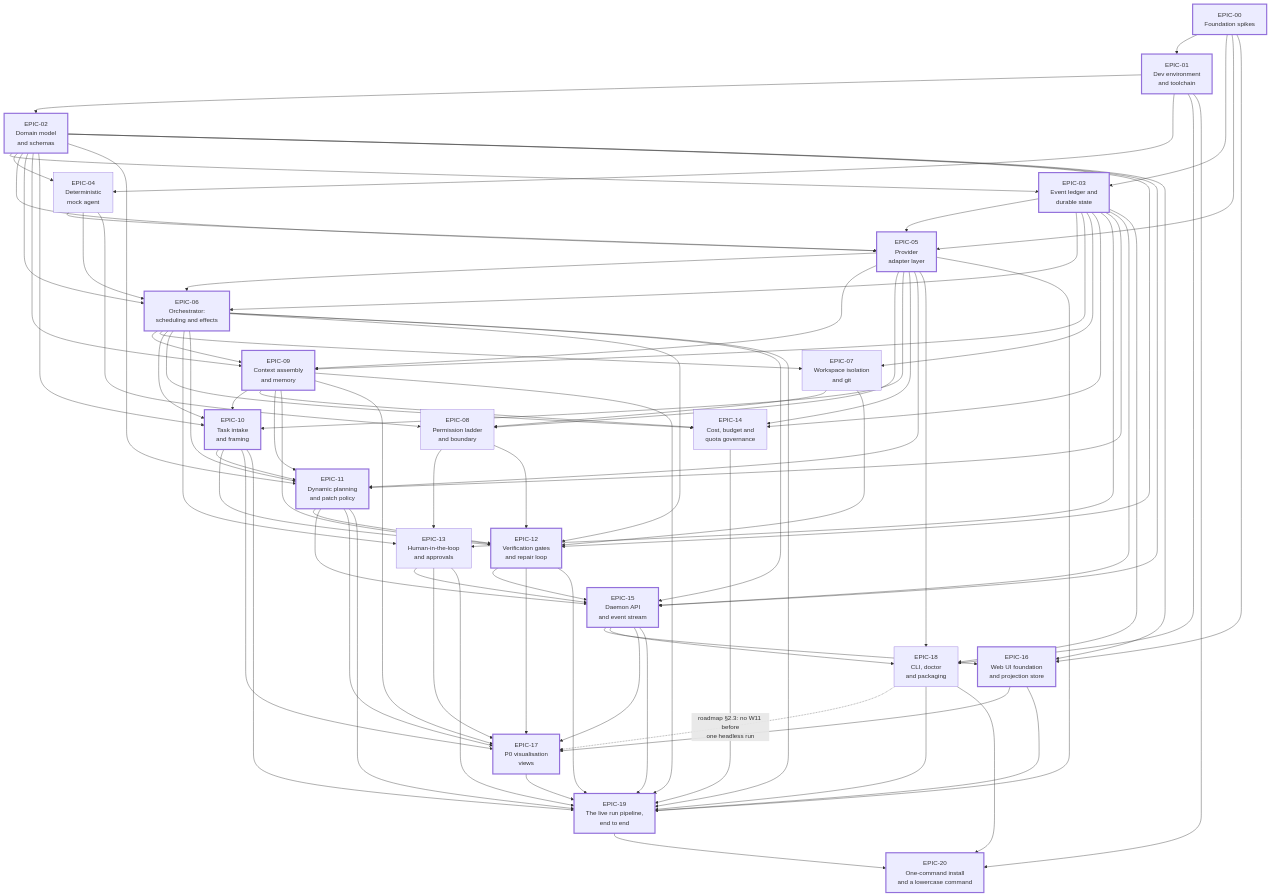
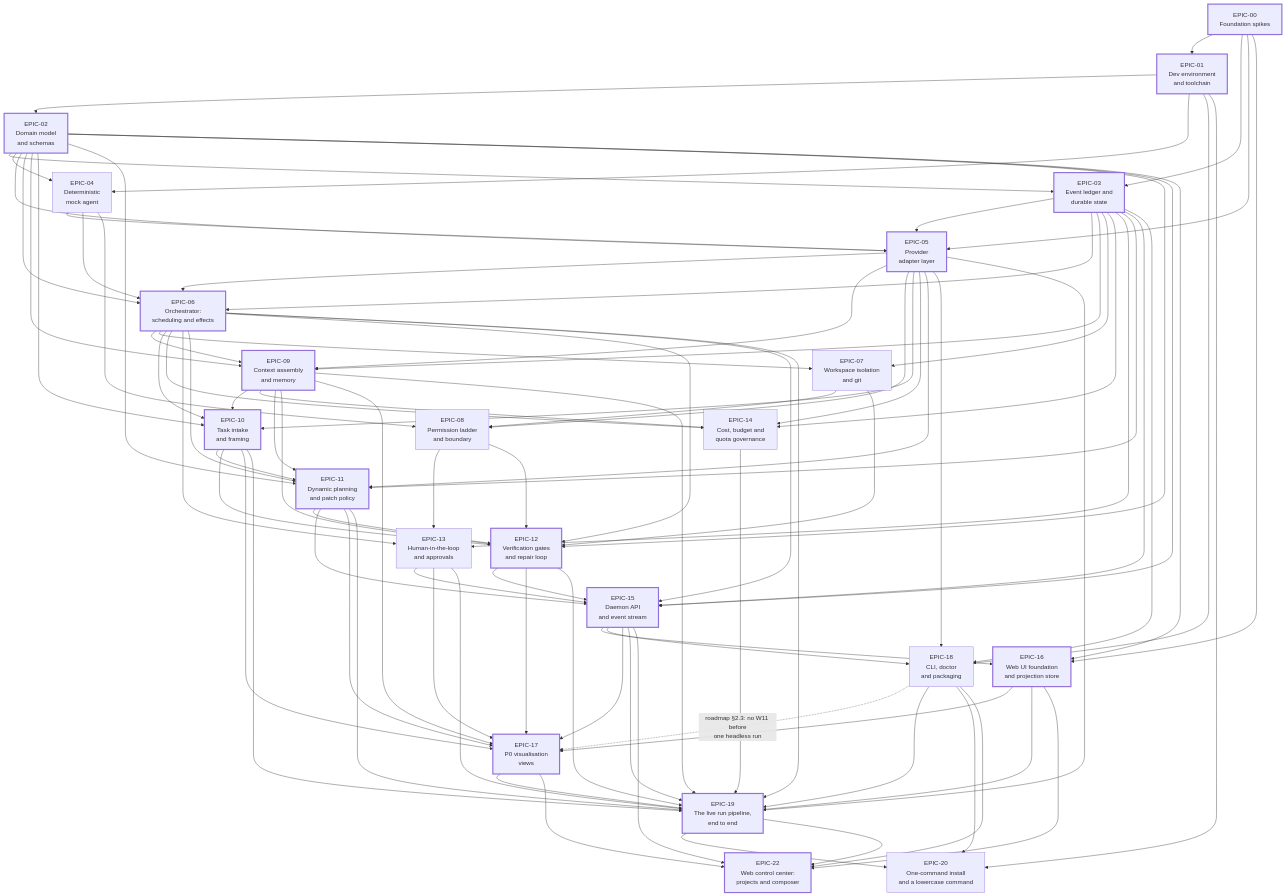
The diagram in docs/delivery/board.md (zohresalimi/dynamic-workflows), drawn with Mermaid before and after one commit. The commit also changed other lines of this file and 3 other files, not shown here.

Commit message:
plan: author EPIC-22 — the web control center, its four stories and 57 scenarios

````diff
--- a/docs/delivery/board.md
+++ b/docs/delivery/board.md
@@ -133,7 +163,8 @@
   EPIC18["EPIC-18<br/>CLI, doctor<br/>and packaging"]
   EPIC17["EPIC-17<br/>P0 visualisation<br/>views"]:::cp
   EPIC19["EPIC-19<br/>The live run pipeline,<br/>end to end"]:::cp
-  EPIC20["EPIC-20<br/>One-command install<br/>and a lowercase command"]:::cp
+  EPIC20["EPIC-20<br/>One-command install<br/>and a lowercase command"]
+  EPIC22["EPIC-22<br/>Web control center:<br/>projects and composer"]:::cp
 
   EPIC00 --> EPIC01
   EPIC01 --> EPIC02
@@ -218,6 +249,11 @@
   EPIC01 --> EPIC20
   EPIC18 --> EPIC20
   EPIC19 --> EPIC20
+  EPIC15 --> EPIC22
+  EPIC16 --> EPIC22
+  EPIC17 --> EPIC22
+  EPIC18 --> EPIC22
+  EPIC19 --> EPIC22
 
   classDef cp stroke-width:3px;
 ```
````
